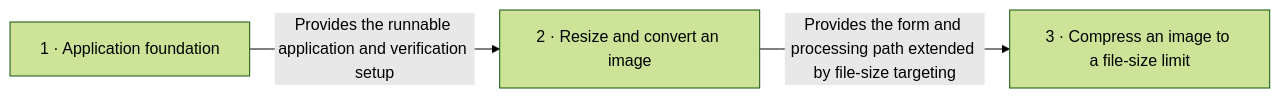
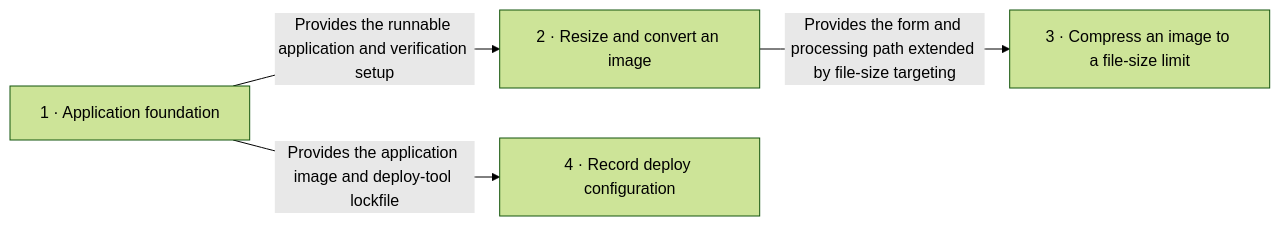
One commit to shved270189/image_compressor changed the diagram in docs/roadmap.md. Above: the diagram before and after it, drawn with Mermaid (forest theme). The commit also changed other lines of this file and 23 other files, not shown here.

Commit message:
docs: ship kamal-deploy changelog and roadmap

````diff
--- a/docs/roadmap.md
+++ b/docs/roadmap.md
@@ -59,5 +62,6 @@
 ```mermaid
 flowchart LR
   s1["1 · Application foundation"] -->|Provides the runnable application and verification setup| s2["2 · Resize and convert an image"]
   s2 -->|Provides the form and processing path extended by file-size targeting| s3["3 · Compress an image to a file-size limit"]
+  s1 -->|Provides the application image and deploy-tool lockfile| s4["4 · Record deploy configuration"]
 ```
````
